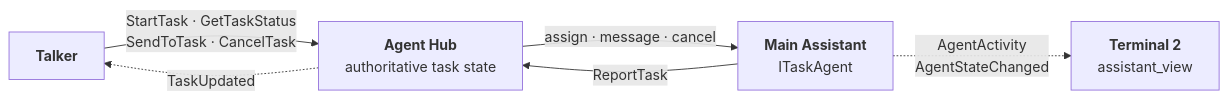
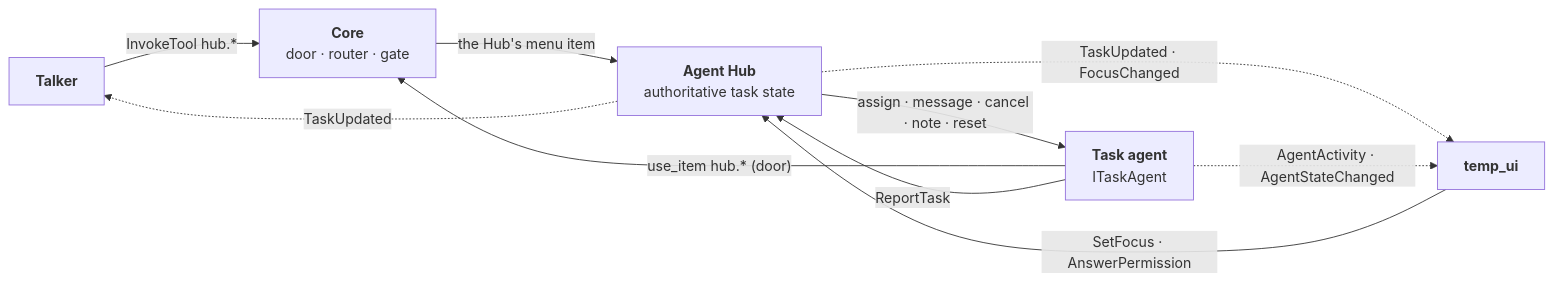
Before and after one commit to sharramon/AI_Assistant: the fourth of 7 diagrams in docs/architecture/agents.md, drawn with Mermaid. The commit also changed other lines of this file and 84 other files, not shown here.

Commit message:
Architecture docs audit: pages checked against the code; seven new SVGs replace the six stale ones; the README bird's-eye; API pages; links to deleted notes fixed; the audit note

````diff
--- a/docs/architecture/agents.md
+++ b/docs/architecture/agents.md
@@ -224,13 +232,18 @@
 ```mermaid
 flowchart LR
     Talker["<b>Talker</b>"]
+    Gate["<b>Core</b><br/>door · router · gate"]
     Hub["<b>Agent Hub</b><br/>authoritative task state"]
-    Agent["<b>Main Assistant</b><br/>ITaskAgent"]
-    View["<b>Terminal 2</b><br/>assistant_view"]
+    Agent["<b>Task agent</b><br/>ITaskAgent"]
+    UI["<b>temp_ui</b>"]
 
-    Talker -- "StartTask · GetTaskStatus<br/>SendToTask · CancelTask" --> Hub
-    Hub -- "assign · message · cancel" --> Agent
+    Talker -- "InvokeTool hub.*" --> Gate
+    Agent -- "use_item hub.* (door)" --> Gate
+    Gate -- "the Hub's menu item" --> Hub
+    UI -- "SetFocus · AnswerPermission" --> Hub
+    Hub -- "assign · message · cancel · note · reset" --> Agent
     Agent -- "ReportTask" --> Hub
     Hub -. "TaskUpdated" .-> Talker
-    Agent -. "AgentActivity<br/>AgentStateChanged" .-> View
+    Hub -. "TaskUpdated · FocusChanged" .-> UI
+    Agent -. "AgentActivity · AgentStateChanged" .-> UI
 ```
````
